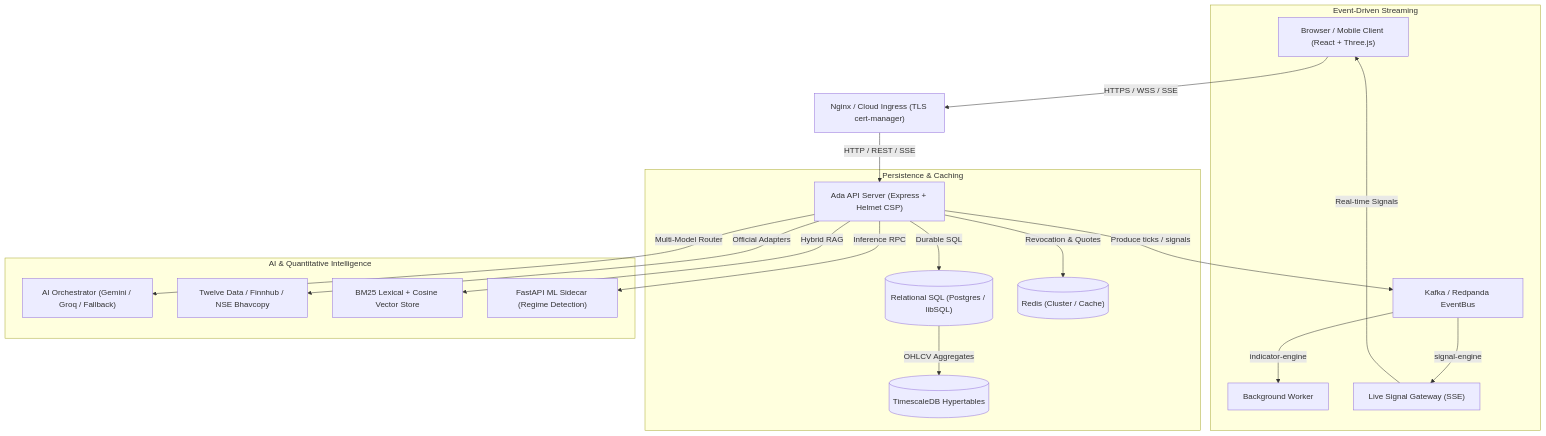
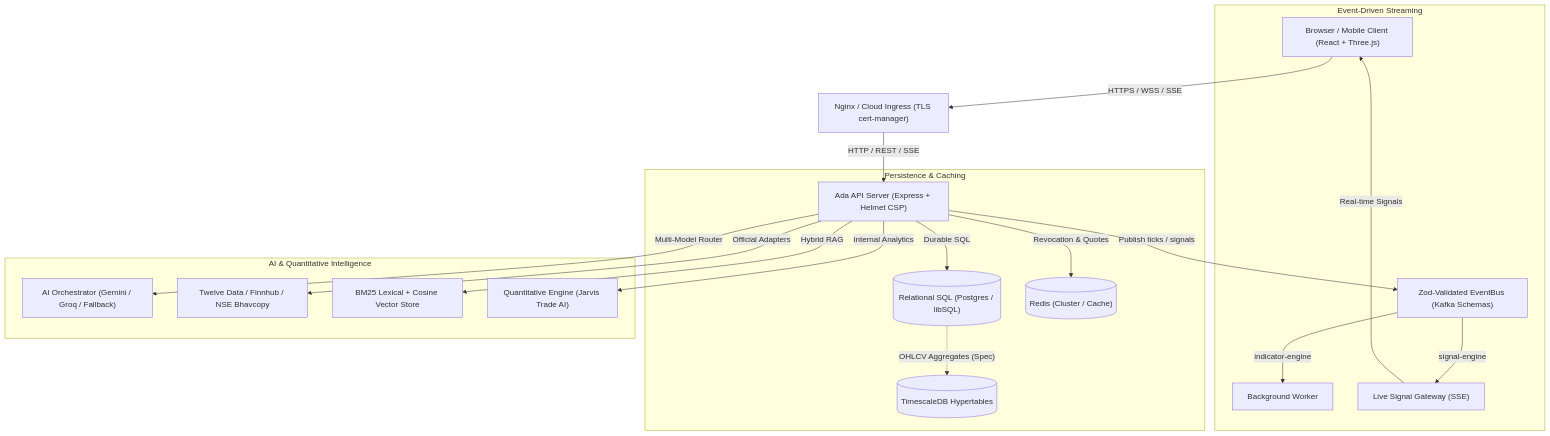
One commit to priyanrajj-hub/GF-AI changed the diagram in README.md. Above: the diagram before and after it, drawn with Mermaid. The commit also changed other lines of this file and 5 other files, not shown here.

Commit message:
fix(compliance-tests): attach SEBI trading disclaimers, align README/env architecture, and harden test server lifecycle

````diff
--- a/README.md
+++ b/README.md
@@ -22,25 +22,25 @@
 ```mermaid
 flowchart TD
     Client["Browser / Mobile Client (React + Three.js)"] -->|"HTTPS / WSS / SSE"| Ingress["Nginx / Cloud Ingress (TLS cert-manager)"]
     Ingress -->|"HTTP / REST / SSE"| API["Ada API Server (Express + Helmet CSP)"]
     
     subgraph DataPlane ["Persistence & Caching"]
         API -->|"Durable SQL"| DB[("Relational SQL (Postgres / libSQL)")]
         API -->|"Revocation & Quotes"| Redis[("Redis (Cluster / Cache)")]
-        DB -->|"OHLCV Aggregates"| Timescale[("TimescaleDB Hypertables")]
+        DB -.->|"OHLCV Aggregates (Spec)"| Timescale[("TimescaleDB Hypertables")]
     end
     
     subgraph StreamingPlane ["Event-Driven Streaming"]
-        API -->|"Produce ticks / signals"| EventBus["Kafka / Redpanda EventBus"]
+        API -->|"Publish ticks / signals"| EventBus["Zod-Validated EventBus (Kafka Schemas)"]
         EventBus -->|"indicator-engine"| Worker["Background Worker"]
         EventBus -->|"signal-engine"| LiveGateway["Live Signal Gateway (SSE)"]
         LiveGateway -->|"Real-time Signals"| Client
     end
     
     subgraph IntelligencePlane ["AI & Quantitative Intelligence"]
         API -->|"Multi-Model Router"| Orchestrator["AI Orchestrator (Gemini / Groq / Fallback)"]
         API -->|"Official Adapters"| MarketFeeds["Twelve Data / Finnhub / NSE Bhavcopy"]
         API -->|"Hybrid RAG"| RAGStore["BM25 Lexical + Cosine Vector Store"]
-        API -->|"Inference RPC"| MLSidecar["FastAPI ML Sidecar (Regime Detection)"]
+        API -->|"Internal Analytics"| QuantEngine["Quantitative Engine (Jarvis Trade AI)"]
     end
 ```
````
